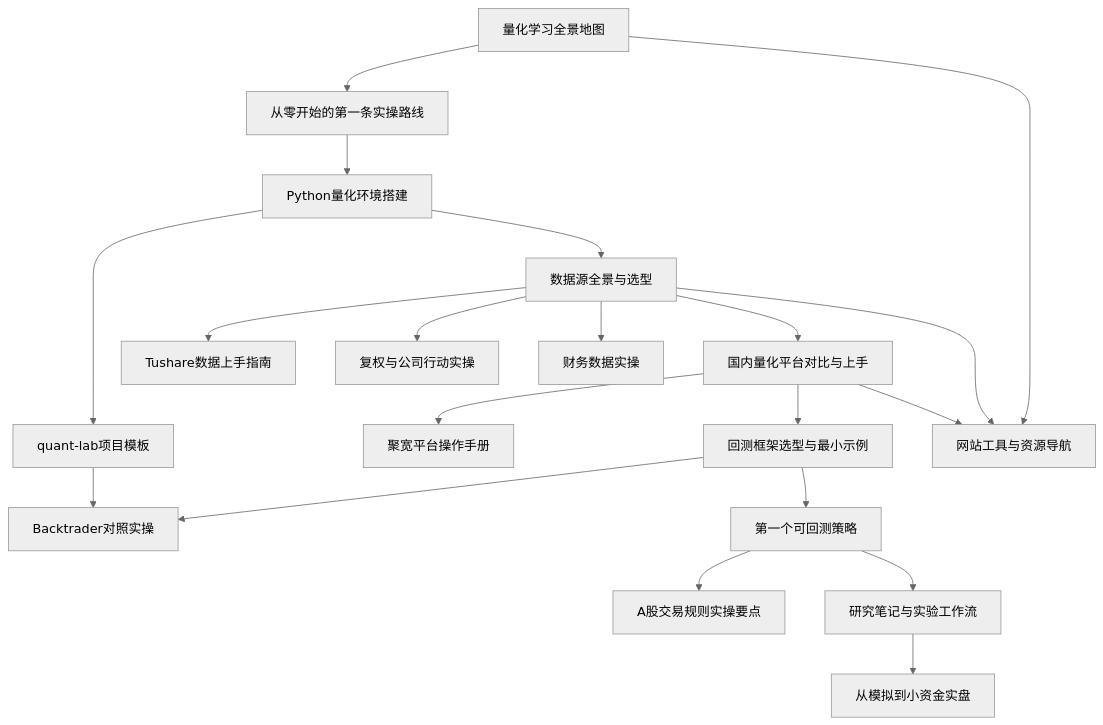
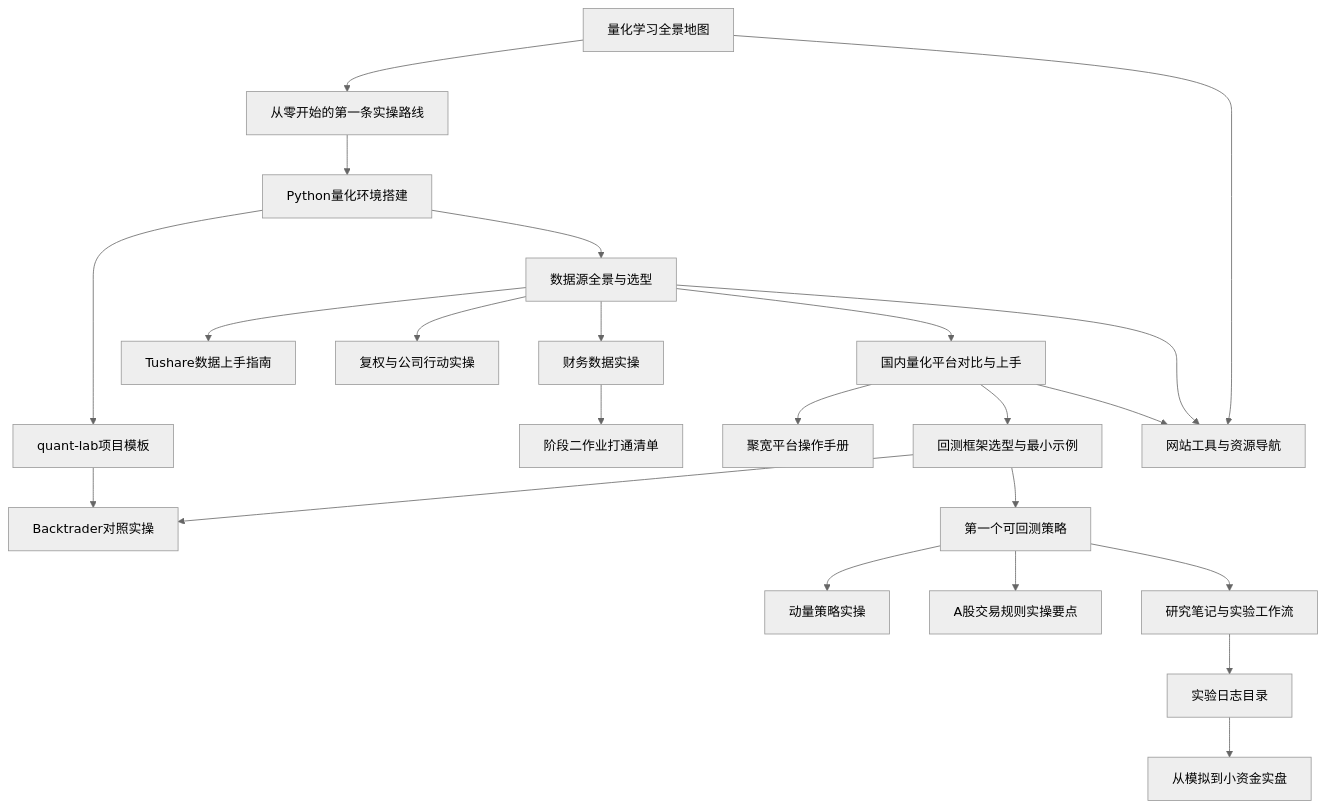
One commit to Cthaat/Obsidian changed the diagram in quant-wiki-notes/入门教程/阶段零-实操百科/目录.md. Above: the diagram before and after it, drawn with Mermaid (neutral theme). The commit also changed other lines of this file and 26 other files, not shown here.

````diff
--- a/quant-wiki-notes/入门教程/阶段零-实操百科/目录.md
+++ b/quant-wiki-notes/入门教程/阶段零-实操百科/目录.md
@@ -43,22 +43,25 @@
 ```mermaid
 graph TD
     A[量化学习全景地图] --> B[从零开始的第一条实操路线]
     B --> C[Python量化环境搭建]
     C --> C2[quant-lab项目模板]
     C2 --> C3[Backtrader对照实操]
     C --> D[数据源全景与选型]
     D --> D2[Tushare数据上手指南]
     D --> D3[复权与公司行动实操]
     D --> D4[财务数据实操]
     D --> E[国内量化平台对比与上手]
     E --> E2[聚宽平台操作手册]
     E --> F[回测框架选型与最小示例]
     F --> C3
     F --> G[第一个可回测策略]
+    G --> G1[动量策略实操]
     G --> G2[A股交易规则实操要点]
     G --> G3[研究笔记与实验工作流]
-    G3 --> H[从模拟到小资金实盘]
+    G3 --> G4[实验日志目录]
+    D4 --> J[阶段二作业打通清单]
+    G4 --> H[从模拟到小资金实盘]
     A --> I[网站工具与资源导航]
     D --> I
     E --> I
 ```
````
